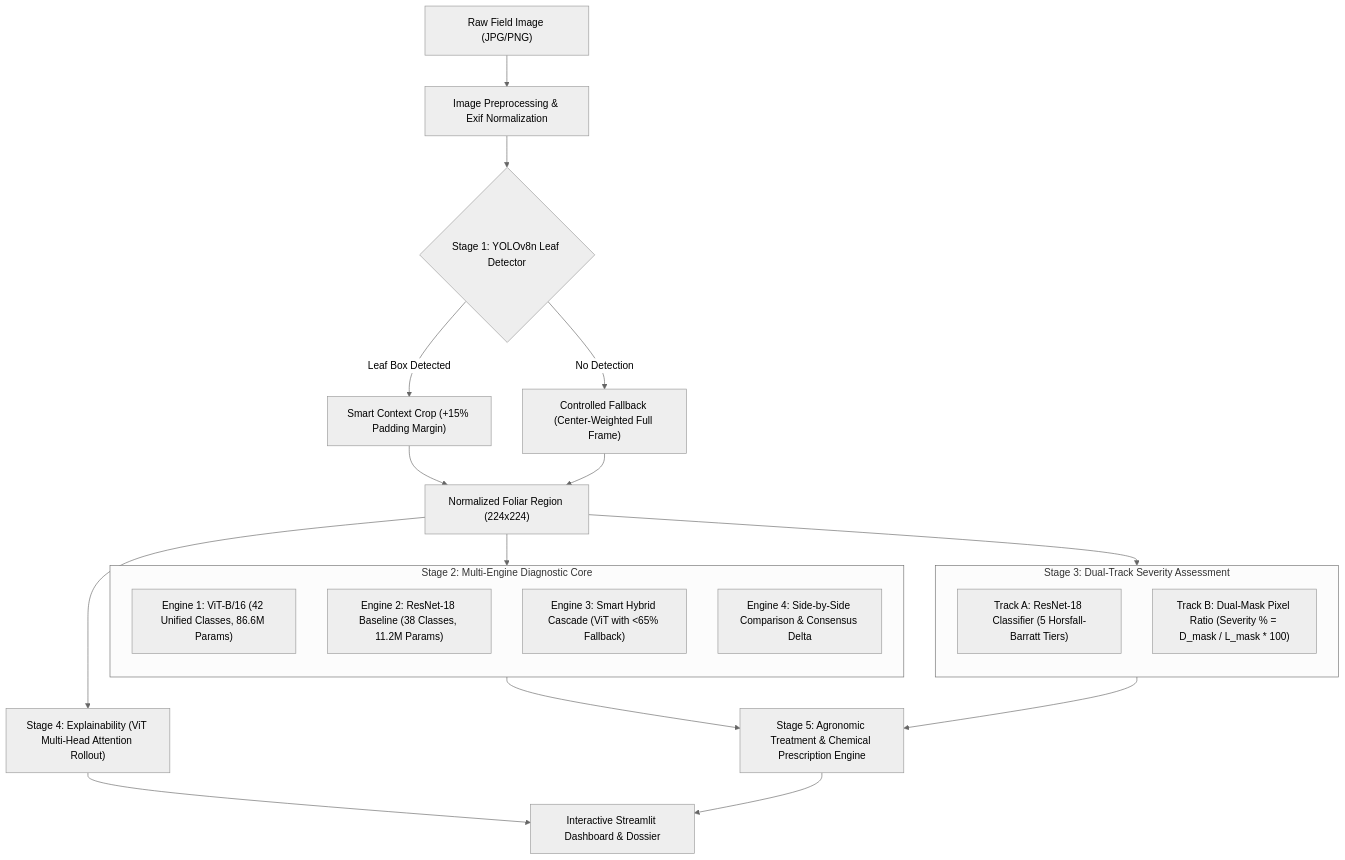
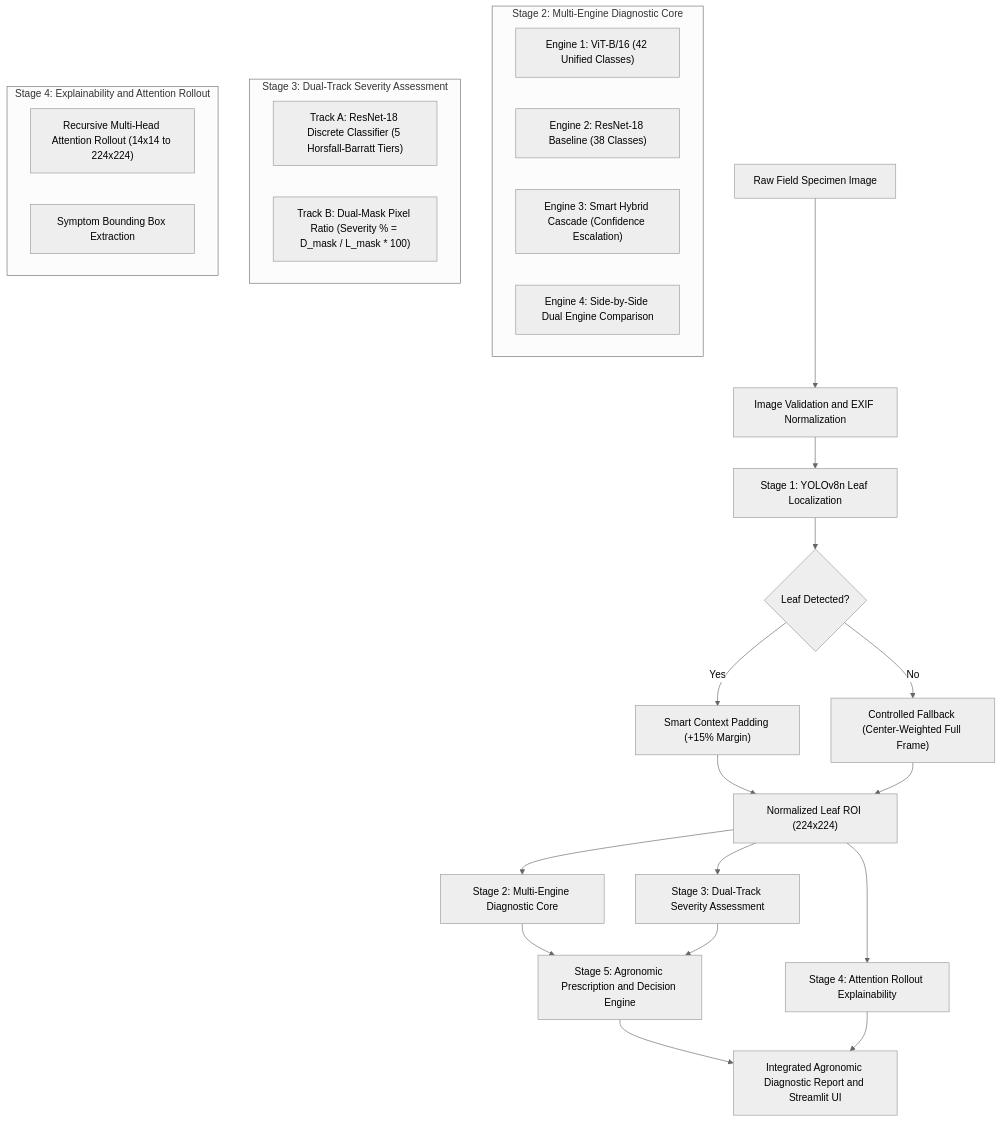
Before and after one commit to 26piyush/Deep_Learning_Project: the diagram in README.md, drawn with Mermaid (neutral theme). The commit also changed other lines of this file, not shown here.

Commit message:
docs: remove emojis and reconstruct architecture with rigorous structural dataflow and Mermaid pipeline

````diff
--- a/README.md
+++ b/README.md
@@ -57,37 +60,39 @@
 ```mermaid
 flowchart TD
-    A["Raw Field Image (JPG/PNG)"] --> B["Image Preprocessing & Exif Normalization"]
-    B --> C{"Stage 1: YOLOv8n Leaf Detector"}
+    IN["Raw Field Specimen Image"] --> PRE["Image Validation and EXIF Normalization"]
+    PRE --> LOC["Stage 1: YOLOv8n Leaf Localization"]
     
-    C -- "Leaf Box Detected" --> D["Smart Context Crop (+15% Padding Margin)"]
-    C -- "No Detection" --> E["Controlled Fallback (Center-Weighted Full Frame)"]
+    LOC --> DEC{"Leaf Detected?"}
+    DEC -- "Yes" --> PAD["Smart Context Padding (+15% Margin)"]
+    DEC -- "No" --> FB["Controlled Fallback (Center-Weighted Full Frame)"]
     
-    D --> F["Normalized Foliar Region (224x224)"]
-    E --> F
+    PAD --> ROI["Normalized Leaf ROI (224x224)"]
+    FB --> ROI
     
-    F --> G["Stage 2: Multi-Engine Diagnostic Core"]
+    ROI --> DIAG["Stage 2: Multi-Engine Diagnostic Core"]
+    ROI --> SEV["Stage 3: Dual-Track Severity Assessment"]
+    ROI --> EXP["Stage 4: Attention Rollout Explainability"]
     
-    subgraph G ["Stage 2: Multi-Engine Diagnostic Core"]
-        direction TB
-        M1["Engine 1: ViT-B/16 (42 Unified Classes, 86.6M Params)"]
-        M2["Engine 2: ResNet-18 Baseline (38 Classes, 11.2M Params)"]
-        M3["Engine 3: Smart Hybrid Cascade (ViT with <65% Fallback)"]
-        M4["Engine 4: Side-by-Side Comparison & Consensus Delta"]
+    subgraph S2 ["Stage 2: Multi-Engine Diagnostic Core"]
+        E1["Engine 1: ViT-B/16 (42 Unified Classes)"]
+        E2["Engine 2: ResNet-18 Baseline (38 Classes)"]
+        E3["Engine 3: Smart Hybrid Cascade (Confidence Escalation)"]
+        E4["Engine 4: Side-by-Side Dual Engine Comparison"]
     end
     
-    F --> H["Stage 3: Dual-Track Severity Assessment"]
-    
-    subgraph H ["Stage 3: Dual-Track Severity Assessment"]
-        direction TB
-        S1["Track A: ResNet-18 Classifier (5 Horsfall-Barratt Tiers)"]
-        S2["Track B: Dual-Mask Pixel Ratio (Severity % = D_mask / L_mask * 100)"]
+    subgraph S3 ["Stage 3: Dual-Track Severity Assessment"]
+        TA["Track A: ResNet-18 Discrete Classifier (5 Horsfall-Barratt Tiers)"]
+        TB["Track B: Dual-Mask Pixel Ratio (Severity % = D_mask / L_mask * 100)"]
     end
     
-    F --> I["Stage 4: Explainability (ViT Multi-Head Attention Rollout)"]
+    subgraph S4 ["Stage 4: Explainability and Attention Rollout"]
+        AR["Recursive Multi-Head Attention Rollout (14x14 to 224x224)"]
+        BB["Symptom Bounding Box Extraction"]
+    end
     
-    G --> J["Stage 5: Agronomic Treatment & Chemical Prescription Engine"]
-    H --> J
+    DIAG --> RX["Stage 5: Agronomic Prescription and Decision Engine"]
+    SEV --> RX
     
-    I --> K["Interactive Streamlit Dashboard & Dossier"]
-    J --> K
+    RX --> OUT["Integrated Agronomic Diagnostic Report and Streamlit UI"]
+    EXP --> OUT
 ```
````
